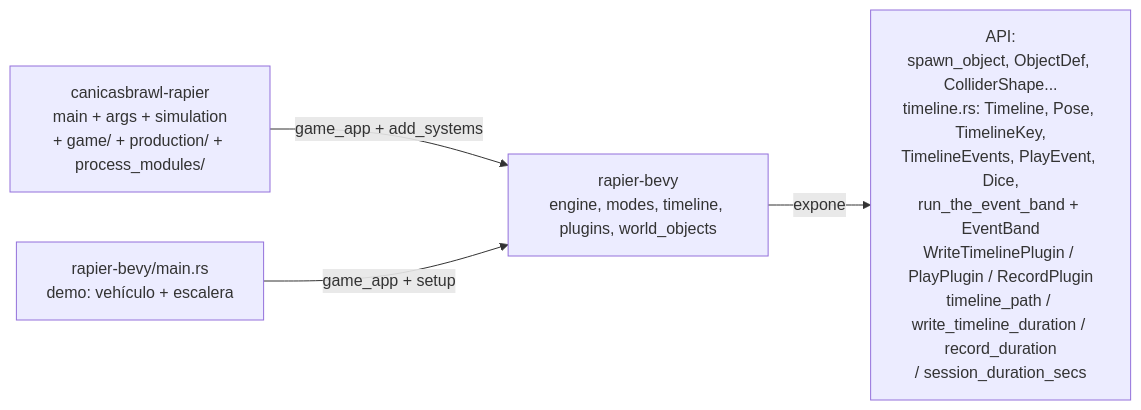
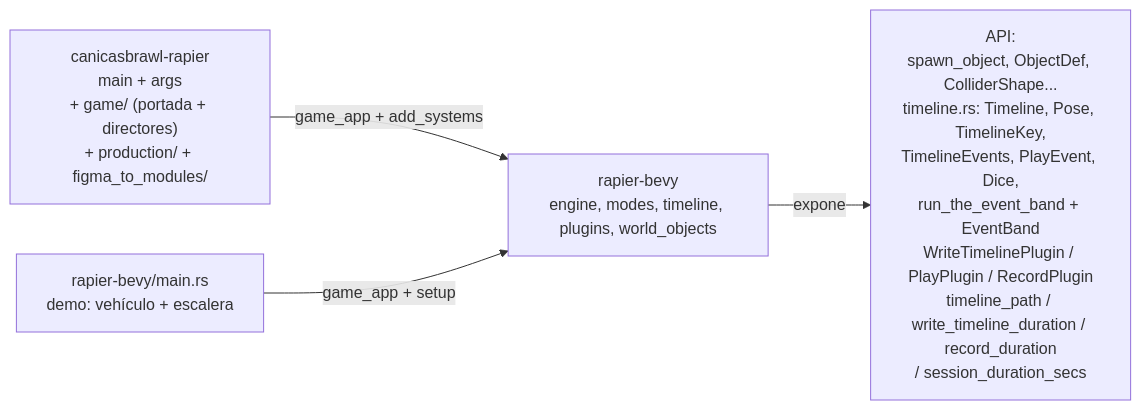
Before and after one commit to jesusgomeznuz/canicasbrawl-rapier: the second of 5 diagrams in docs/flow.md, drawn with Mermaid. The commit also changed other lines of this file and 8 other files, not shown here.

First line of the commit message:
refactor: la portada game::run — el juego vive en su propia carpeta

````diff
--- a/docs/flow.md
+++ b/docs/flow.md
@@ -33,6 +33,6 @@
 ```mermaid
 flowchart LR
-    Game["canicasbrawl-rapier<br/>main + args + simulation<br/>+ game/ + production/ + process_modules/"] -->|game_app + add_systems| Engine
+    Game["canicasbrawl-rapier<br/>main + args<br/>+ game/ (portada + directores)<br/>+ production/ + figma_to_modules/"] -->|game_app + add_systems| Engine
     Engine["rapier-bevy<br/>engine, modes, timeline, plugins, world_objects"] -->|expone| API["API:<br/>spawn_object, ObjectDef, ColliderShape...<br/>timeline.rs: Timeline, Pose, TimelineKey,<br/>TimelineEvents, PlayEvent, Dice,<br/>run_the_event_band + EventBand<br/>WriteTimelinePlugin / PlayPlugin / RecordPlugin<br/>timeline_path / write_timeline_duration / record_duration<br/>/ session_duration_secs"]
     Demo["rapier-bevy/main.rs<br/>demo: vehículo + escalera"] -->|game_app + setup| Engine
 ```
````
